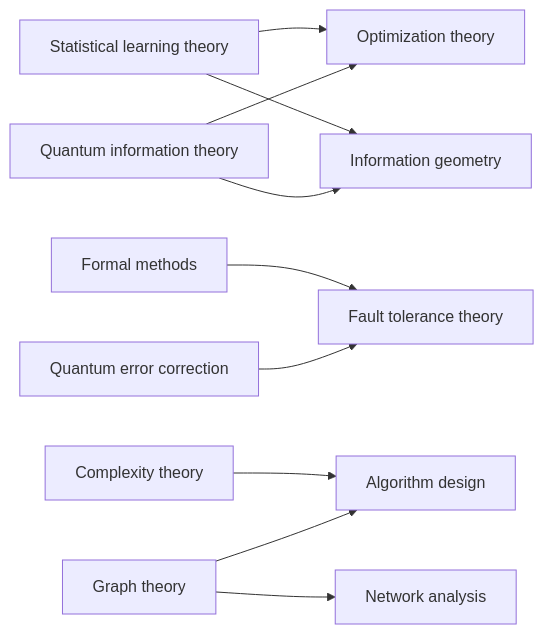
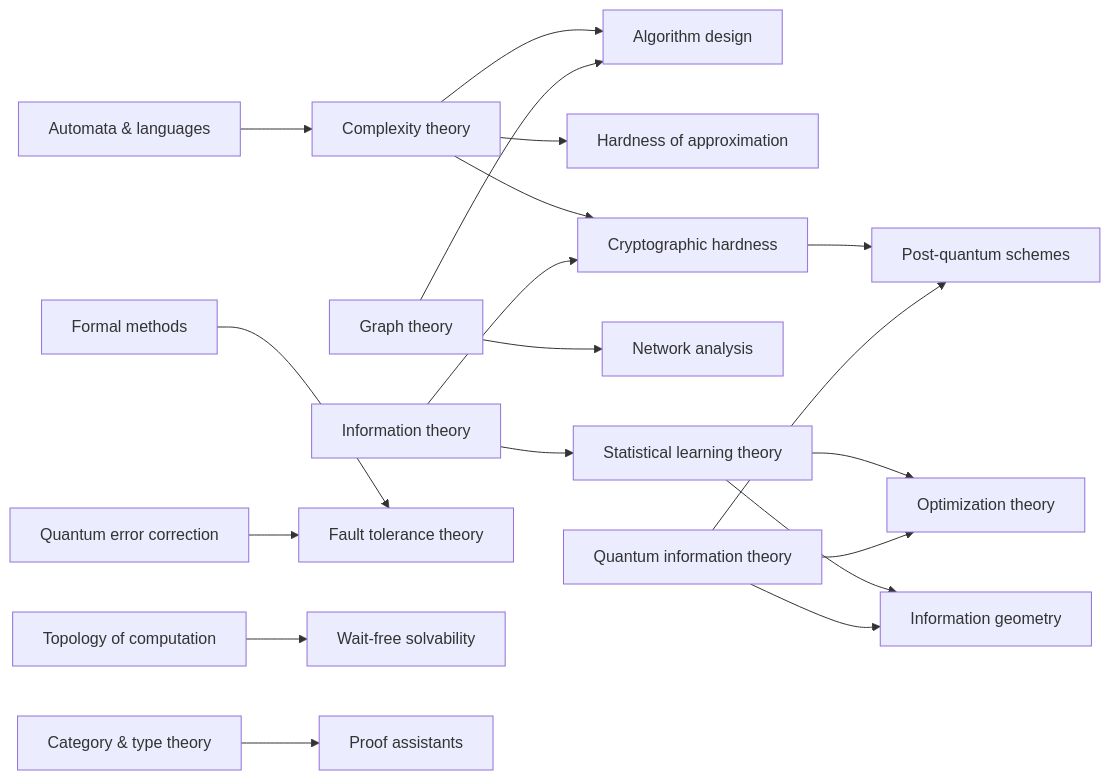
The third of 3 diagrams in github-pages/docs/advanced/index.md (AndrewAltimit/Documentation), drawn with Mermaid before and after one commit. The commit also changed other lines of this file and 200 other files, not shown here.

````diff
--- a/github-pages/docs/advanced/index.md
+++ b/github-pages/docs/advanced/index.md
@@ -318,12 +553,21 @@
 ```mermaid
 flowchart LR
-    SLT["Statistical learning theory"] --> OPT["Optimization theory"]
+    CT["Complexity theory"] --> AD["Algorithm design"]
+    CT --> HA["Hardness of approximation"]
+    CT --> CRY["Cryptographic hardness"]
+    GT["Graph theory"] --> AD
+    GT --> NA["Network analysis"]
+    AU["Automata & languages"] --> CT
+    IC["Information theory"] --> SLT["Statistical learning theory"]
+    IC --> CRY
+    SLT --> OPT["Optimization theory"]
     QI["Quantum information theory"] --> OPT
     SLT --> IG["Information geometry"]
     QI --> IG
+    CRY --> PQ["Post-quantum schemes"]
+    QI --> PQ
     FM["Formal methods"] --> FT["Fault tolerance theory"]
     QEC["Quantum error correction"] --> FT
-    CT["Complexity theory"] --> AD["Algorithm design"]
-    GT["Graph theory"] --> AD
-    GT --> NA["Network analysis"]
+    TOP["Topology of computation"] --> WF["Wait-free solvability"]
+    CTT["Category & type theory"] --> PA["Proof assistants"]
 ```
````
